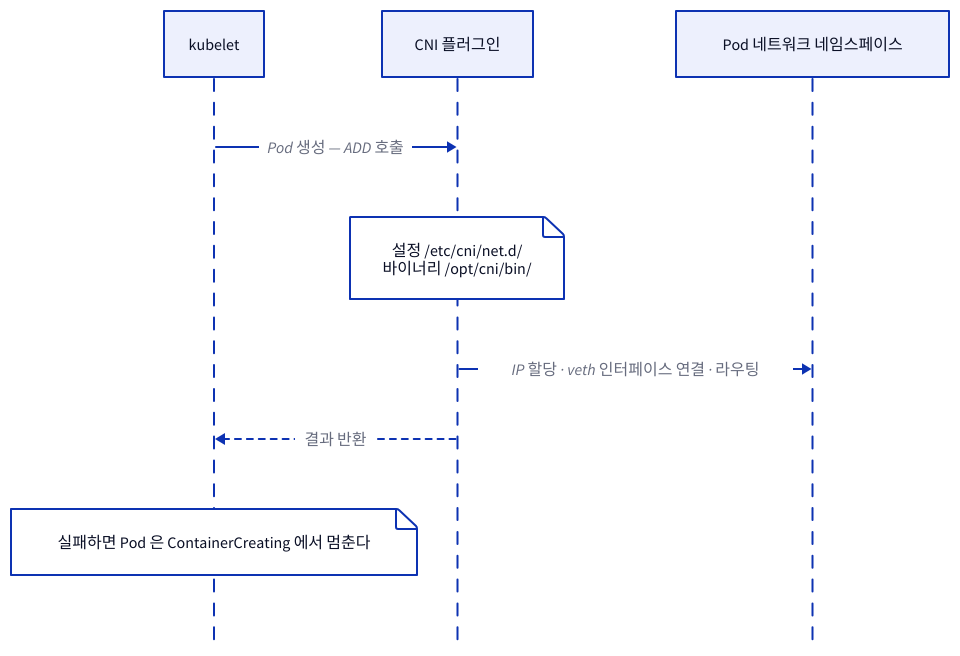
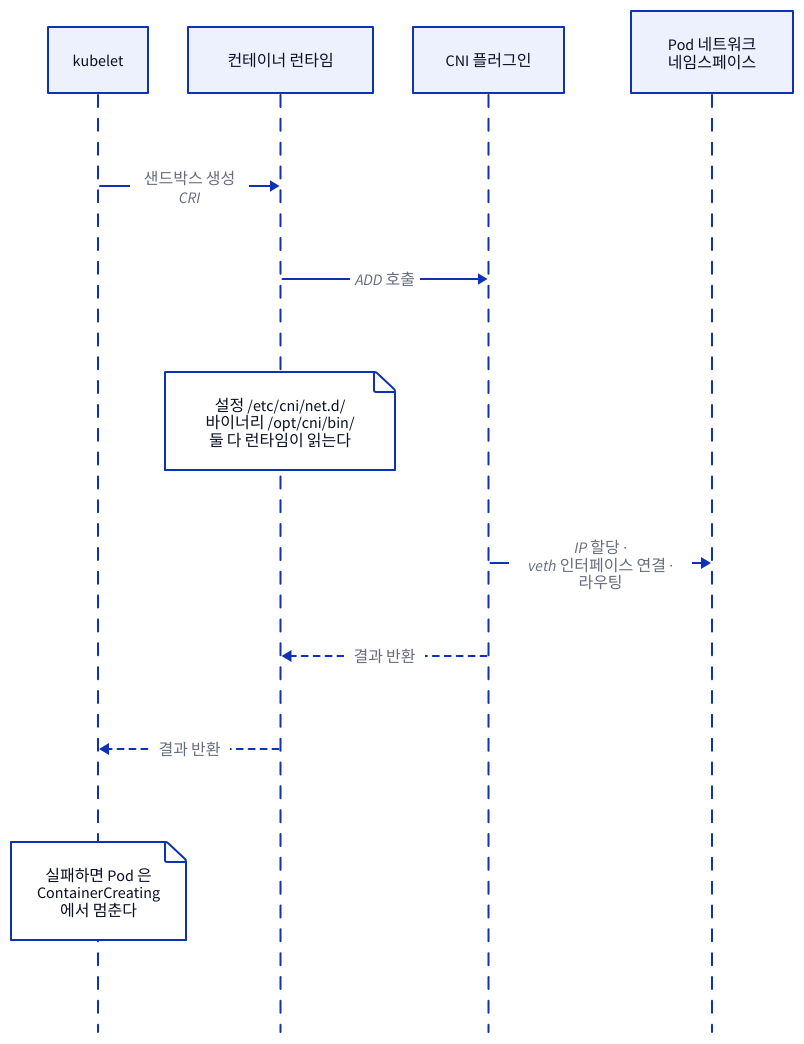
The second of 11 diagrams in src/content/docs/cka/12-networkpolicy.mdx (mechurak/study-starlight), drawn with D2 before and after one commit. The commit also changed other lines of this file and 3 other files, not shown here.

````diff
--- a/src/content/docs/cka/12-networkpolicy.mdx
+++ b/src/content/docs/cka/12-networkpolicy.mdx
@@ -57,13 +57,16 @@
-```d2 pad=40 title="kubelet 이 Pod 생성 때 CNI 플러그인의 ADD 를 호출해 IP 할당 · veth 연결 · 라우팅을 맡기고 실패하면 ContainerCreating 에서 멈추는 순서"
+```d2 pad=40 title="kubelet 의 샌드박스 생성 요청을 받은 컨테이너 런타임이 CNI 플러그인의 ADD 를 호출해 IP 할당 · veth 연결 · 라우팅을 맡기고 실패하면 ContainerCreating 에서 멈추는 순서"
 shape: sequence_diagram
 
 kl: kubelet
+rt: 컨테이너 런타임
 cni: CNI 플러그인
-pod: Pod 네트워크 네임스페이스
+pod: Pod 네트워크\n네임스페이스
 
-kl -> cni: Pod 생성 — ADD 호출
-cni.n1: "설정 /etc/cni/net.d/\n바이너리 /opt/cni/bin/"
-cni -> pod: IP 할당 · veth 인터페이스 연결 · 라우팅
-cni -> kl: 결과 반환 { style.stroke-dash: 3 }
-kl.n1: 실패하면 Pod 은 ContainerCreating 에서 멈춘다
+kl -> rt: 샌드박스 생성\nCRI
+rt -> cni: ADD 호출
+rt.n1: "설정 /etc/cni/net.d/\n바이너리 /opt/cni/bin/\n둘 다 런타임이 읽는다"
+cni -> pod: IP 할당 ·\nveth 인터페이스 연결 ·\n라우팅
+cni -> rt: 결과 반환 { style.stroke-dash: 3 }
+rt -> kl: 결과 반환 { style.stroke-dash: 3 }
+kl.n1: 실패하면 Pod 은\nContainerCreating\n에서 멈춘다
 ```
````
